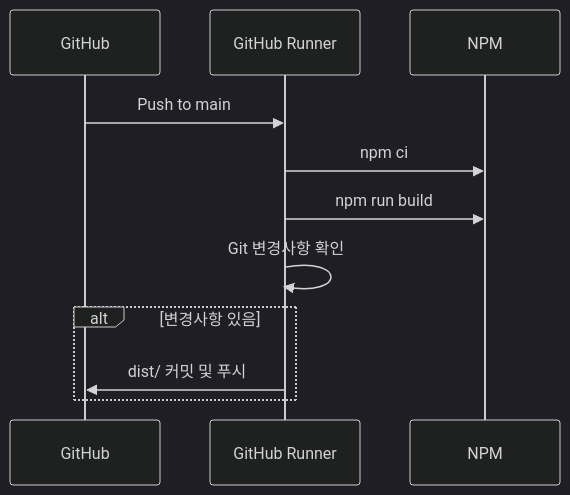
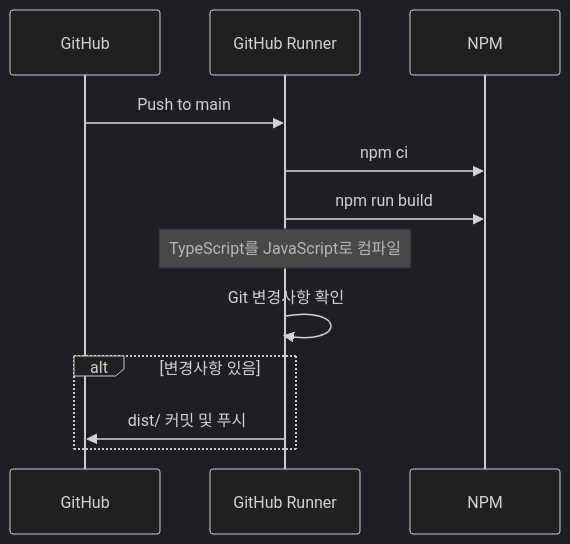
One commit to jonsoku-dev/gh-custom-reviwers changed the second of 4 diagrams in 아키텍처.md. Above: the diagram before and after it, drawn with Mermaid (dark theme). The commit also changed other lines of this file, not shown here.

Commit message:
문서 업데이트: 워크플로우 설명을 개선하고, 개발 및 배포 프로세스에 대한 다이어그램을 추가하여 이해도를 높임. 각 주요 컴포넌트에 대한 설명을 구체화함.

````diff
--- a/아키텍처.md
+++ b/아키텍처.md
@@ -28,14 +38,15 @@
 ```mermaid
 sequenceDiagram
     participant GH as GitHub
     participant Runner as GitHub Runner
     participant NPM as NPM
 
     GH->>Runner: Push to main
     Runner->>NPM: npm ci
     Runner->>NPM: npm run build
+    Note over Runner: TypeScript를 JavaScript로 컴파일
     Runner->>Runner: Git 변경사항 확인
     alt 변경사항 있음
         Runner->>GH: dist/ 커밋 및 푸시
     end
 ```
````
